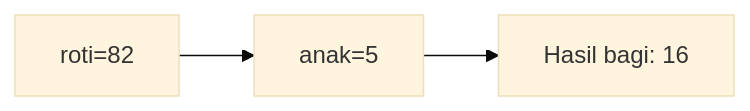
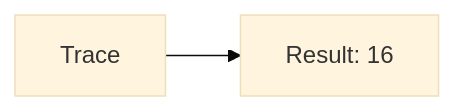
Before and after one commit to amnahwaida/OSNK_INF_PREP: diagram 12 of 25 in part-c-pemahaman-cpp/01-tipe-data/latihan/set-01.md, drawn with Mermaid (base theme). The commit also changed other lines of this file and 71 other files, not shown here.

````diff
--- a/part-c-pemahaman-cpp/01-tipe-data/latihan/set-01.md
+++ b/part-c-pemahaman-cpp/01-tipe-data/latihan/set-01.md
@@ -136,5 +253,4 @@
 ```mermaid
 graph LR
-A["roti=82"] --> B["anak=5"]
-B --> C["Hasil bagi: 16"]
+A[Trace] --> B[Result: 16]
 ```
````
